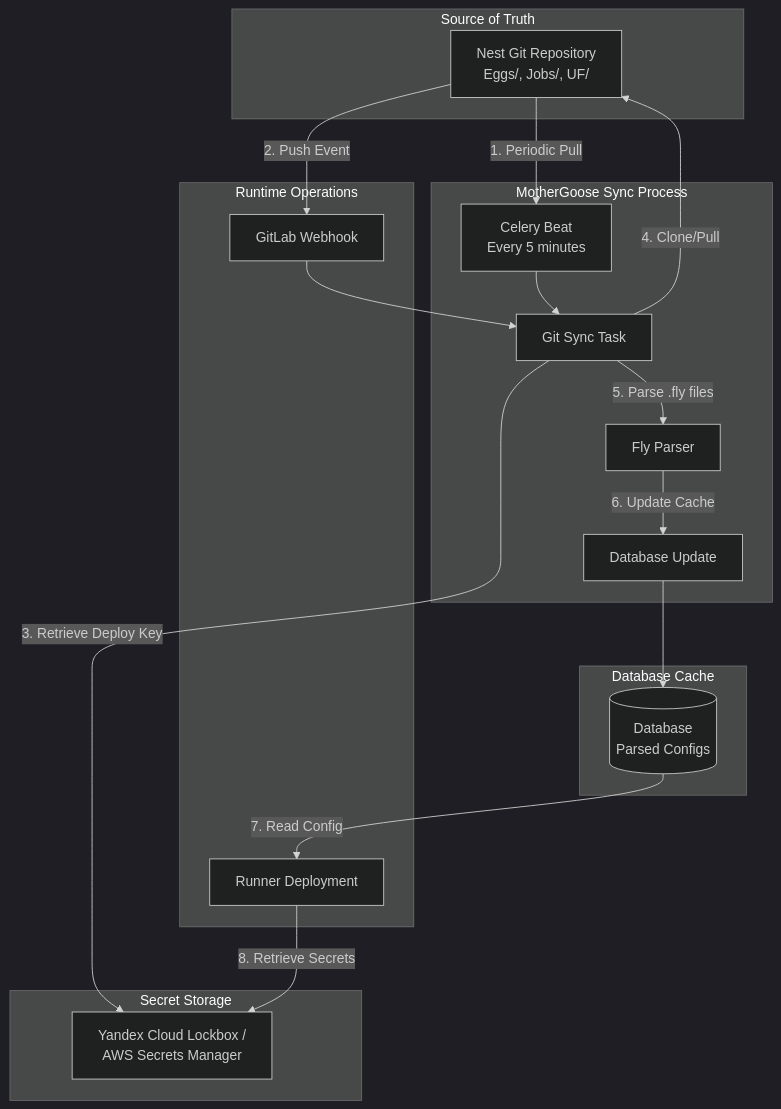
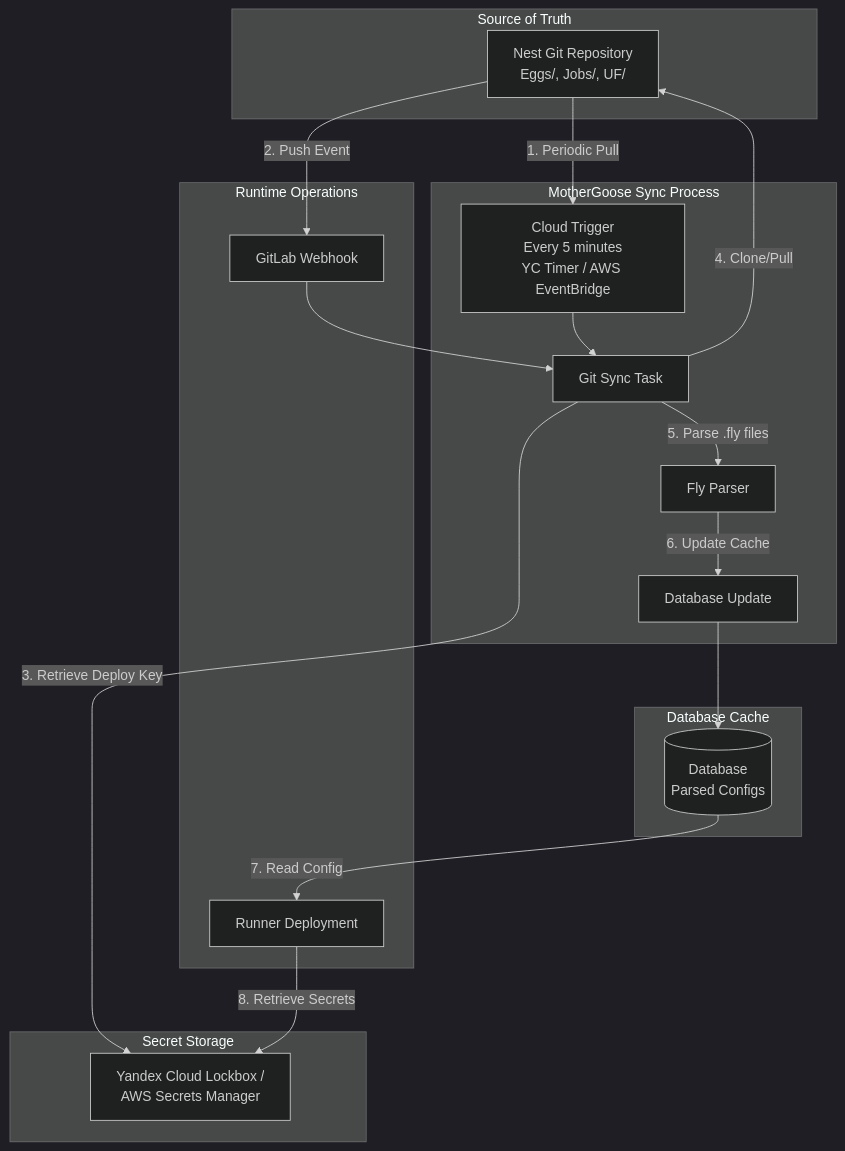
Before and after one commit to Polar-Team/Polar-Gosling: the second of 4 diagrams in .kiro/specs/gitops-runner-orchestration/design.md, drawn with Mermaid (dark theme). The commit also changed other lines of this file and 3 other files, not shown here.

First line of the commit message:
feat(mothergoose): implement Git sync for Nest repository configuration

````diff
--- a/.kiro/specs/gitops-runner-orchestration/design.md
+++ b/.kiro/specs/gitops-runner-orchestration/design.md
@@ -68,41 +225,41 @@
 ```mermaid
 graph TB
     subgraph "Source of Truth"
         NestRepo[Nest Git Repository<br/>Eggs/, Jobs/, UF/]
     end
     
     subgraph "Secret Storage"
         Lockbox[Yandex Cloud Lockbox /<br/>AWS Secrets Manager]
     end
     
     subgraph "MotherGoose Sync Process"
-        CeleryBeat[Celery Beat<br/>Every 5 minutes]
+        CloudTrigger[Cloud Trigger<br/>Every 5 minutes<br/>YC Timer / AWS EventBridge]
         GitSync[Git Sync Task]
         Parser[Fly Parser]
         DBUpdate[Database Update]
     end
     
     subgraph "Database Cache"
         DB[(Database<br/>Parsed Configs)]
     end
     
     subgraph "Runtime Operations"
         Webhook[GitLab Webhook]
         RunnerDeploy[Runner Deployment]
     end
     
-    NestRepo -->|1. Periodic Pull| CeleryBeat
+    NestRepo -->|1. Periodic Pull| CloudTrigger
     NestRepo -->|2. Push Event| Webhook
     
-    CeleryBeat --> GitSync
+    CloudTrigger --> GitSync
     Webhook --> GitSync
     
     GitSync -->|3. Retrieve Deploy Key| Lockbox
     GitSync -->|4. Clone/Pull| NestRepo
     GitSync -->|5. Parse .fly files| Parser
     Parser -->|6. Update Cache| DBUpdate
     DBUpdate --> DB
     
     DB -->|7. Read Config| RunnerDeploy
     RunnerDeploy -->|8. Retrieve Secrets| Lockbox
 ```
````
